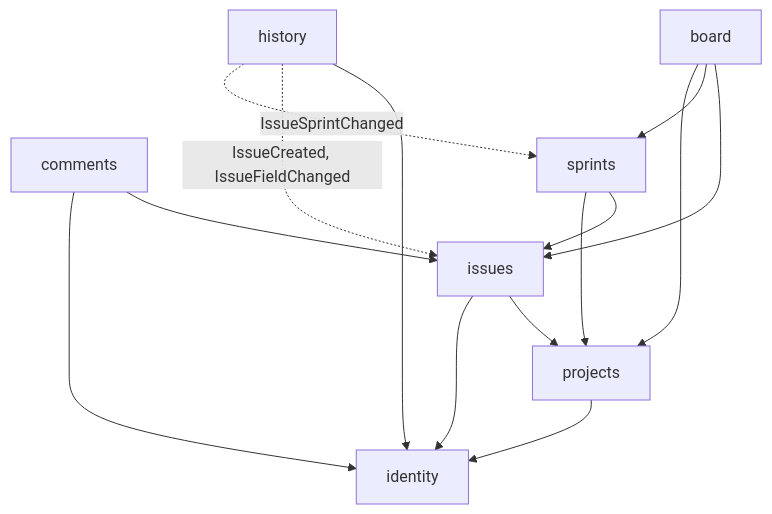
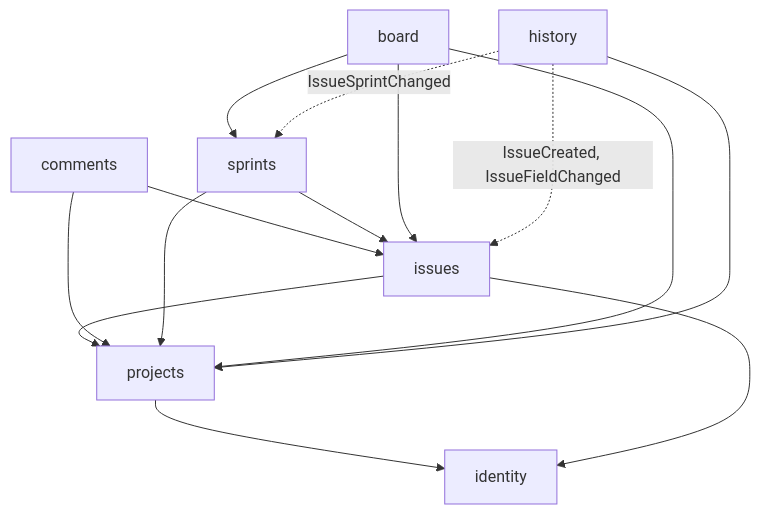
The second of 4 diagrams in docs/architecture.md (rueloparente-ppb/matriz), drawn with Mermaid before and after one commit. The commit also changed other lines of this file and 6 other files, not shown here.

````diff
--- a/docs/architecture.md
+++ b/docs/architecture.md
@@ -48,16 +47,16 @@
 ```mermaid
 flowchart TD
     projects --> identity
     issues --> projects
     issues --> identity
     comments --> issues
-    comments --> identity
+    comments --> projects
     sprints --> issues
     sprints --> projects
     board --> issues
     board --> sprints
     board --> projects
-    history --> identity
+    history --> projects
     history -.->|IssueCreated, IssueFieldChanged| issues
     history -.->|IssueSprintChanged| sprints
 ```
````
